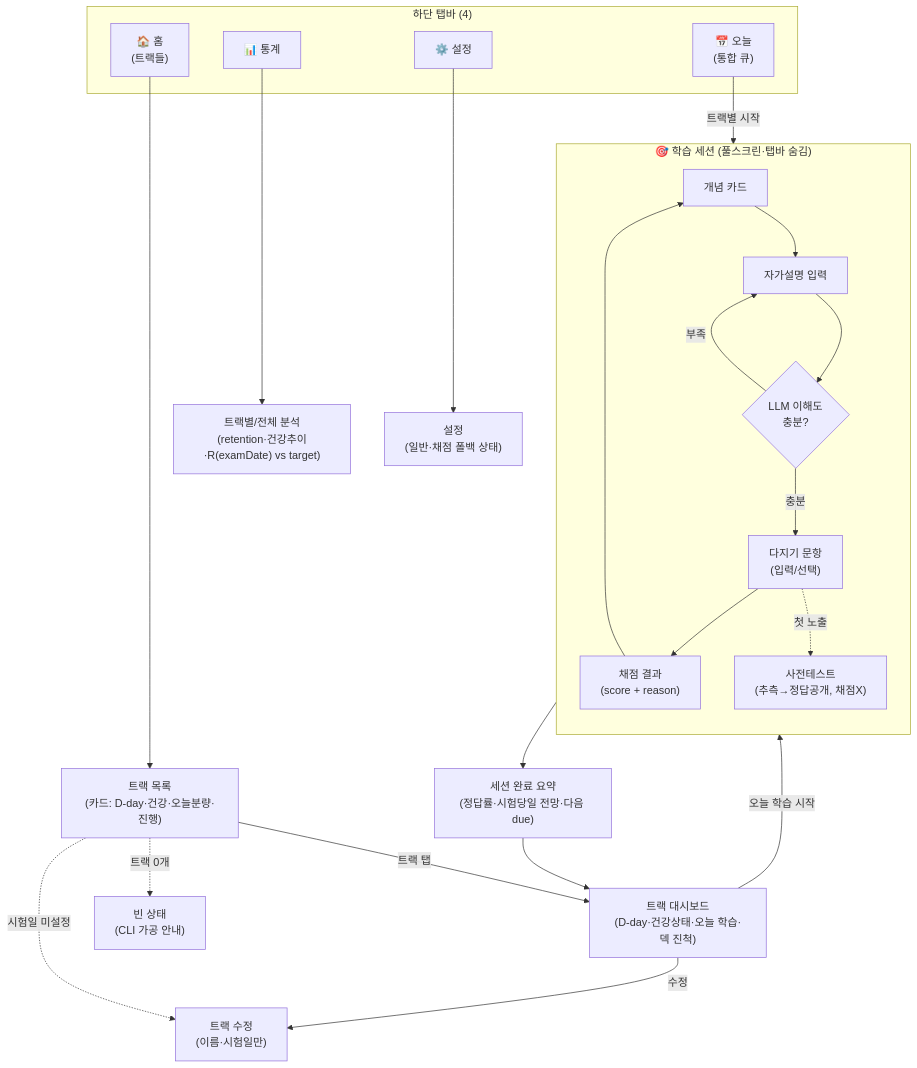
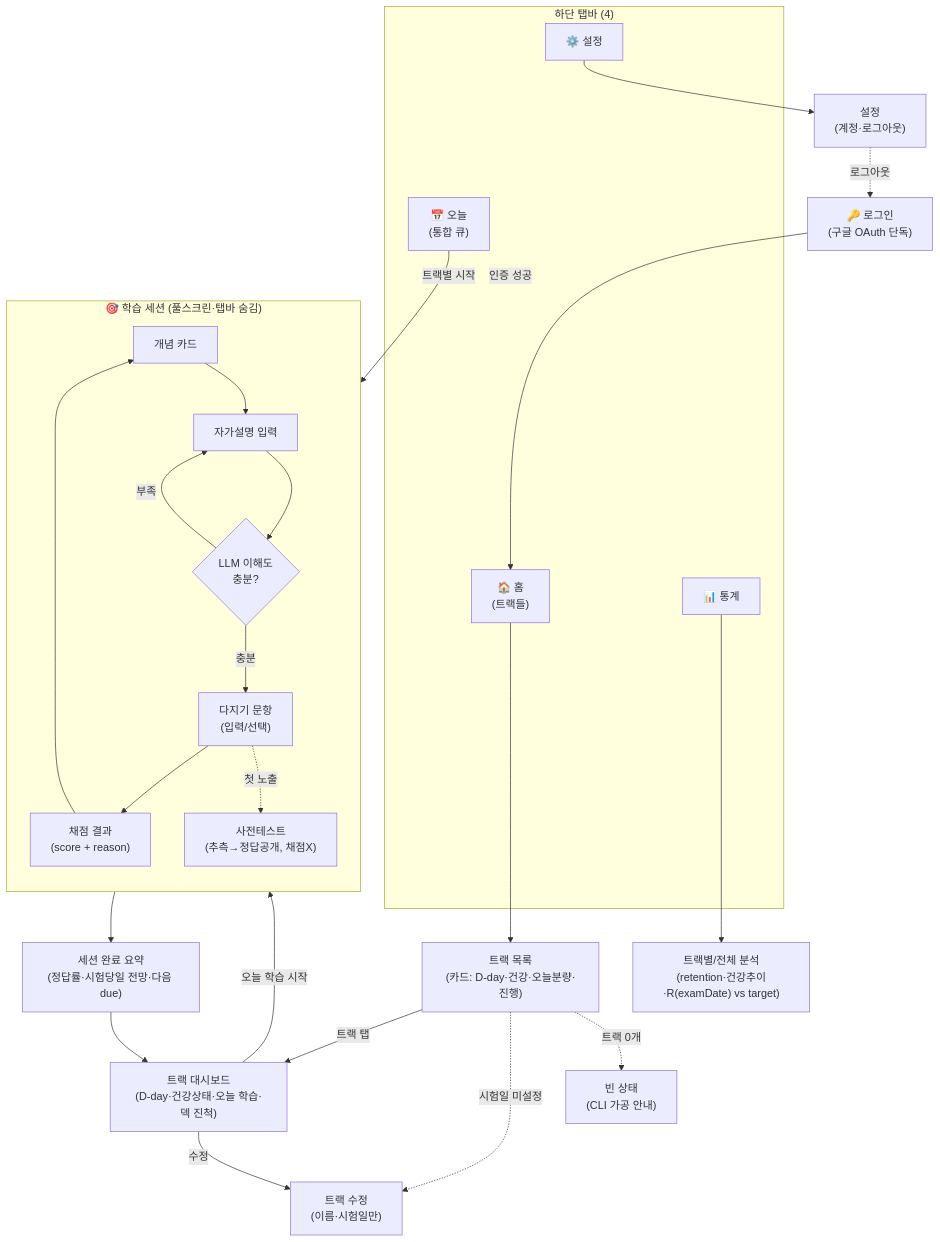
The diagram in docs/frontend-screens.md (genie49/study-anything), drawn with Mermaid before and after one commit. The commit also changed other lines of this file and 5 other files, not shown here.

````diff
--- a/docs/frontend-screens.md
+++ b/docs/frontend-screens.md
@@ -16,35 +16,38 @@
 ```mermaid
 flowchart TD
+  LOGIN["🔑 로그인<br/>(구글 OAuth 단독)"] -->|"인증 성공"| H
+
   subgraph TAB["하단 탭바 (4)"]
     H["🏠 홈<br/>(트랙들)"]
     T["📅 오늘<br/>(통합 큐)"]
     S["📊 통계"]
     C["⚙️ 설정"]
   end
 
   H --> TL["트랙 목록<br/>(카드: D-day·건강·오늘분량·진행)"]
   TL -->|"트랙 탭"| TD["트랙 대시보드<br/>(D-day·건강상태·오늘 학습·덱 진척)"]
   TL -.시험일 미설정.-> TE["트랙 수정<br/>(이름·시험일만)"]
   TD -->|"수정"| TE
 
   TD -->|"오늘 학습 시작"| SES
   T -->|"트랙별 시작"| SES
 
   subgraph SES["🎯 학습 세션 (풀스크린·탭바 숨김)"]
     direction TB
     CON["개념 카드"] --> SE["자가설명 입력"]
     SE --> GATE{"LLM 이해도<br/>충분?"}
     GATE -->|"충분"| QZ["다지기 문항<br/>(입력/선택)"]
     GATE -->|"부족"| SE
     QZ --> GR["채점 결과<br/>(score + reason)"]
     GR --> CON
     QZ -.첫 노출.-> PT["사전테스트<br/>(추측→정답공개, 채점X)"]
   end
   SES --> DONE["세션 완료 요약<br/>(정답률·시험당일 전망·다음 due)"]
   DONE --> TD
 
   S --> ST["트랙별/전체 분석<br/>(retention·건강추이·R(examDate) vs target)"]
-  C --> SET["설정<br/>(일반·채점 폴백 상태)"]
+  C --> SET["설정<br/>(계정·로그아웃)"]
+  SET -.로그아웃.-> LOGIN
 
   TL -.트랙 0개.-> EMPTY["빈 상태<br/>(CLI 가공 안내)"]
 ```
````
